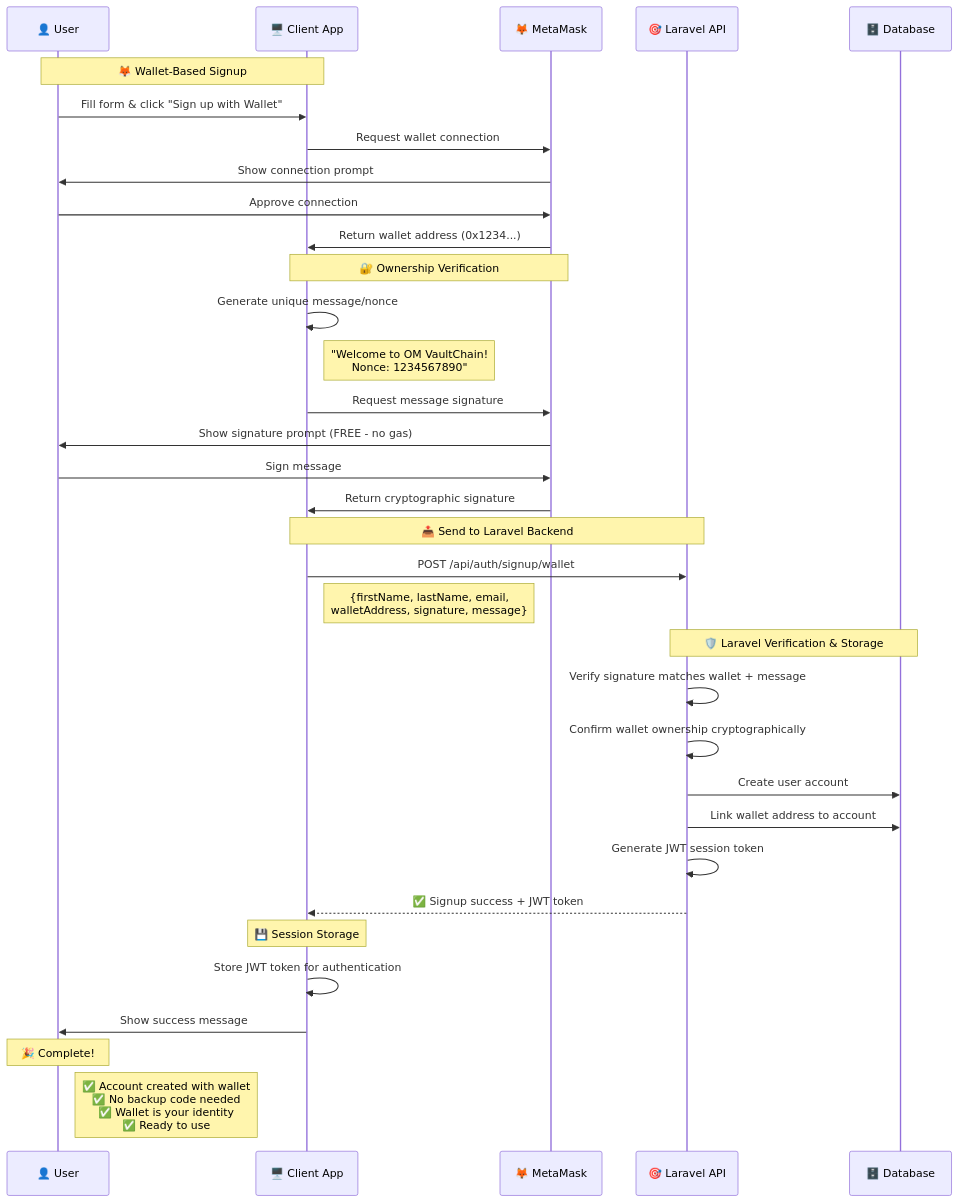
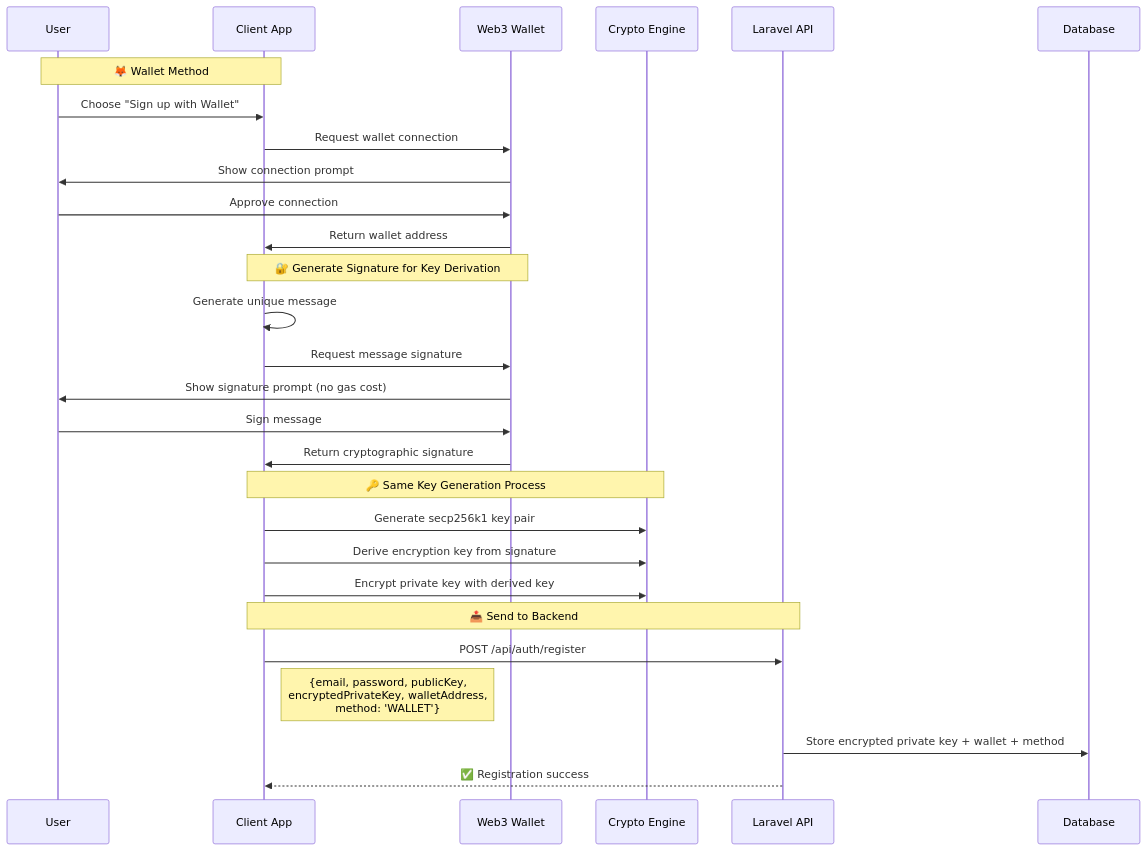
The third of 4 diagrams in client-side/README.md (MossabMilha/OM-VaultChain), drawn with Mermaid before and after one commit. The commit also changed other lines of this file, not shown here.

````diff
--- a/client-side/README.md
+++ b/client-side/README.md
@@ -196,42 +276,35 @@
 ```mermaid
 sequenceDiagram
-    participant U as 👤 User
-    participant C as 🖥️ Client App
-    participant W as 🦊 MetaMask
-    participant L as 🎯 Laravel API
-    participant DB as 🗄️ Database
+    participant U as User
+    participant C as Client App
+    participant W as Web3 Wallet
+    participant Crypto as Crypto Engine
+    participant API as Laravel API
+    participant DB as Database
 
-    Note over U,C: 🦊 Wallet-Based Signup
-    U->>C: Fill form & click "Sign up with Wallet"
+    Note over U,C: 🦊 Wallet Method
+    U->>C: Choose "Sign up with Wallet"
     C->>W: Request wallet connection
     W->>U: Show connection prompt
     U->>W: Approve connection
-    W->>C: Return wallet address (0x1234...)
-
-    Note over C,W: 🔐 Ownership Verification
-    C->>C: Generate unique message/nonce
-    Note right of C: "Welcome to OM VaultChain!<br/>Nonce: 1234567890"
+    W->>C: Return wallet address
+    
+    Note over C,W: 🔐 Generate Signature for Key Derivation
+    C->>C: Generate unique message
     C->>W: Request message signature
-    W->>U: Show signature prompt (FREE - no gas)
+    W->>U: Show signature prompt (no gas cost)
     U->>W: Sign message
     W->>C: Return cryptographic signature
-
-    Note over C,L: 📤 Send to Laravel Backend
-    C->>L: POST /api/auth/signup/wallet
-    Note right of C: {firstName, lastName, email,<br/>walletAddress, signature, message}
-
-    Note over L,DB: 🛡️ Laravel Verification & Storage
-    L->>L: Verify signature matches wallet + message
-    L->>L: Confirm wallet ownership cryptographically
-    L->>DB: Create user account
-    L->>DB: Link wallet address to account
-    L->>L: Generate JWT session token
-    L-->>C: ✅ Signup success + JWT token
-
-    Note over C: 💾 Session Storage
-    C->>C: Store JWT token for authentication
-    C->>U: Show success message
-
-    Note over U: 🎉 Complete!
-    Note right of U: ✅ Account created with wallet<br/>✅ No backup code needed<br/>✅ Wallet is your identity<br/>✅ Ready to use
+    
+    Note over C,Crypto: 🔑 Same Key Generation Process
+    C->>Crypto: Generate secp256k1 key pair
+    C->>Crypto: Derive encryption key from signature
+    C->>Crypto: Encrypt private key with derived key
+    
+    Note over C,API: 📤 Send to Backend
+    C->>API: POST /api/auth/register
+    Note right of C: {email, password, publicKey,<br/>encryptedPrivateKey, walletAddress,<br/>method: 'WALLET'}
+    
+    API->>DB: Store encrypted private key + wallet + method
+    API-->>C: ✅ Registration success
 ```
````
